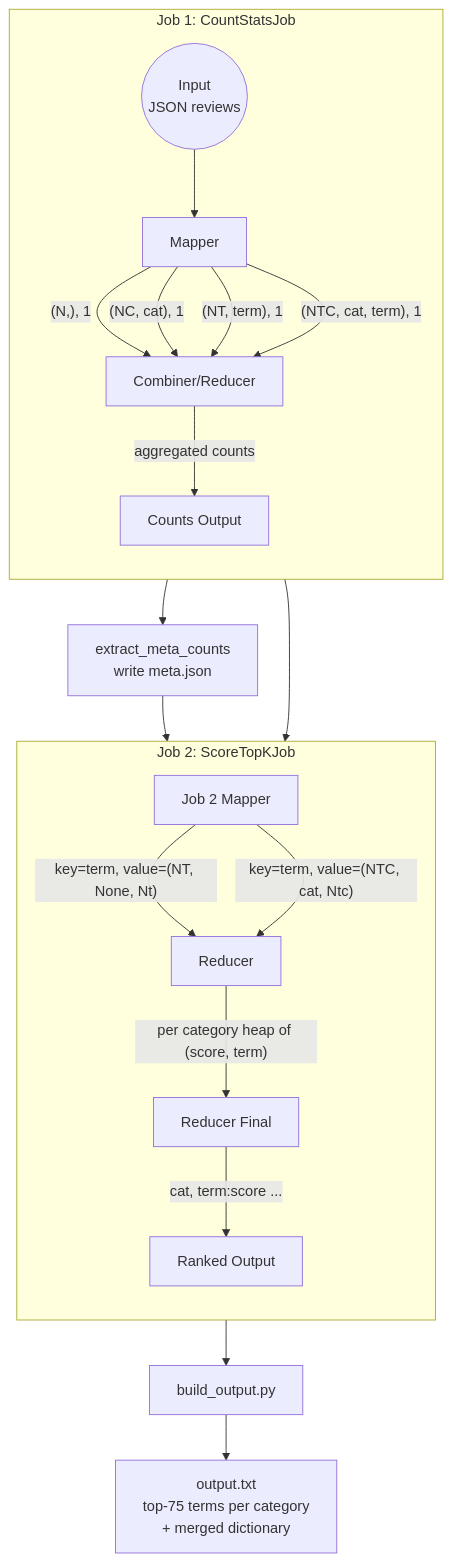
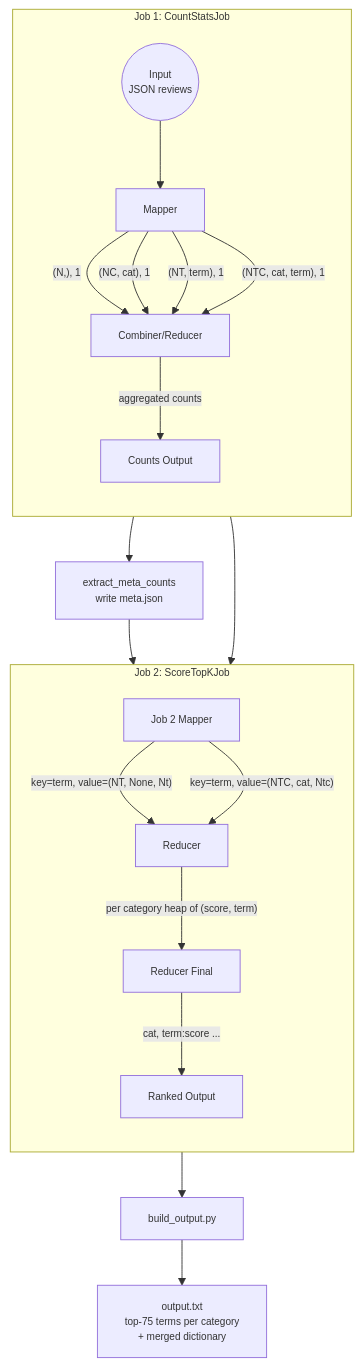
The first of 2 diagrams in Task1/presentation/report.md (eetomilin-ops/Data-intensive-Computing-2026), drawn with Mermaid before and after one commit. The commit also changed other lines of this file, not shown here.

````diff
--- a/Task1/presentation/report.md
+++ b/Task1/presentation/report.md
@@ -105,27 +107,28 @@
 ```mermaid
+%%{init: {'themeVariables': { 'fontSize': '11px' }}}%%
 flowchart TB
     subgraph Job1[Job 1: CountStatsJob]
         direction TB
         Input((Input<br>JSON reviews)) --> M1[Mapper]
         M1 -- "(N,), 1" --> C1
         M1 -- "(NC, cat), 1" --> C1
         M1 -- "(NT, term), 1" --> C1
         M1 -- "(NTC, cat, term), 1" --> C1
         C1[Combiner/Reducer] -- "aggregated counts" --> CO[Counts Output]
     end
 
     CO --> Meta[extract_meta_counts<br>write meta.json]
     Meta --> M2[Job 2 Mapper]
     CO --> M2
 
     subgraph Job2[Job 2: ScoreTopKJob]
         direction TB
         M2 -- "key=term, value=(NT, None, Nt)" --> R[Reducer]
         M2 -- "key=term, value=(NTC, cat, Ntc)" --> R
         R -- "per category heap of (score, term)" --> RF[Reducer Final]
         RF -- "cat, term:score ..." --> Ranked[Ranked Output]
     end
 
     Ranked --> Build[build_output.py]
     Build --> Out[output.txt<br>top-75 terms per category<br>+ merged dictionary]
 ```
````
